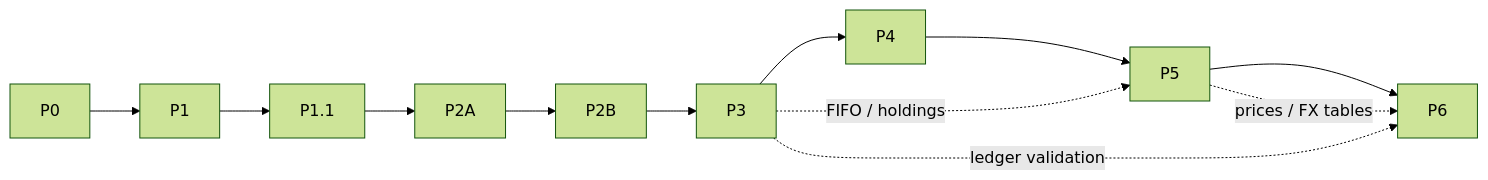
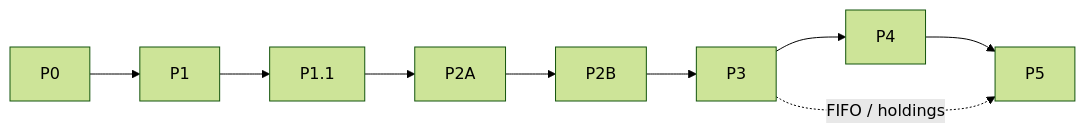
The diagram in docs/PROJECT_PLAN.md (merton-labs/merton-api), drawn with Mermaid (forest theme) before and after one commit. The commit also changed other lines of this file and 4 other files, not shown here.

````diff
--- a/docs/PROJECT_PLAN.md
+++ b/docs/PROJECT_PLAN.md
@@ -421,7 +397,5 @@
 ```mermaid
 flowchart LR
-  P0 --> P1 --> P11[P1.1] --> P2A --> P2B --> P3 --> P4 --> P5 --> P6
+  P0 --> P1 --> P11[P1.1] --> P2A --> P2B --> P3 --> P4 --> P5
   P3 -. FIFO / holdings .-> P5
-  P3 -. ledger validation .-> P6
-  P5 -. prices / FX tables .-> P6
 ```
````
